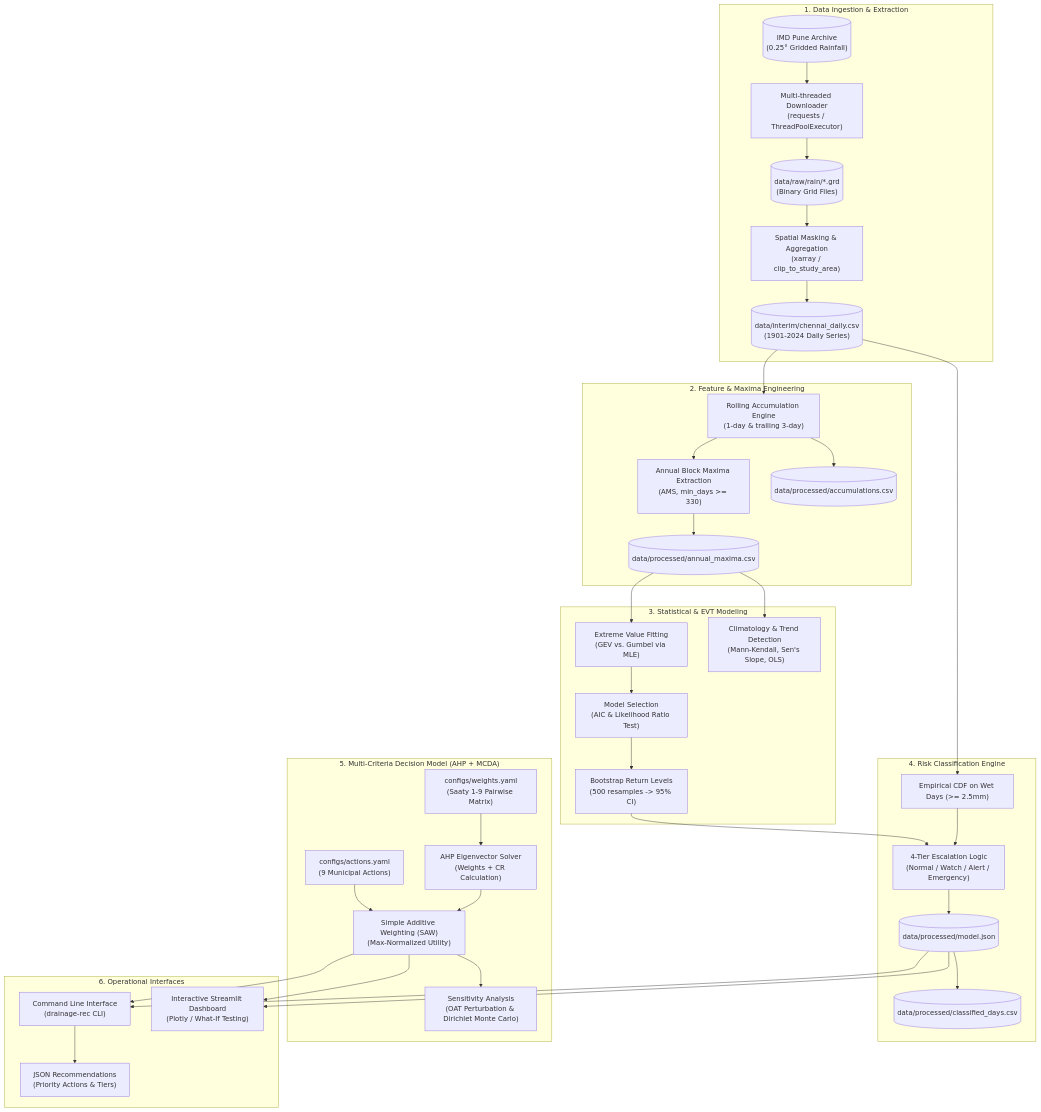
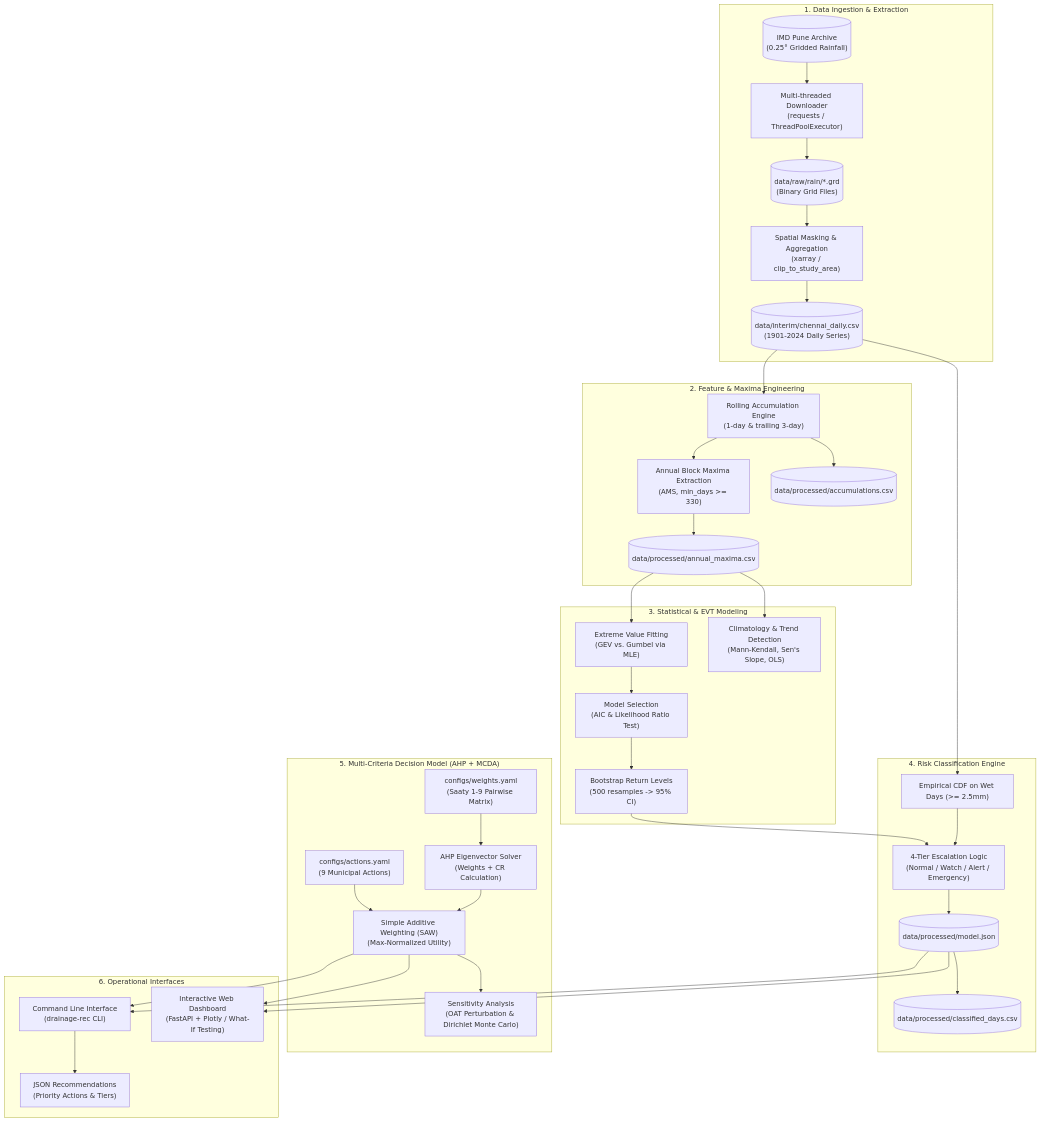
The diagram in docs/architecture.md (2abhi2nav/drain-prep), drawn with Mermaid before and after one commit. The commit also changed other lines of this file and 17 other files, not shown here.

````diff
--- a/docs/architecture.md
+++ b/docs/architecture.md
@@ -11,68 +11,68 @@
 ```mermaid
 flowchart TD
     subgraph DataIngestion["1. Data Ingestion & Extraction"]
         IMD[("IMD Pune Archive\n(0.25° Gridded Rainfall)")]
         DL["Multi-threaded Downloader\n(requests / ThreadPoolExecutor)"]
         GRD[("data/raw/rain/*.grd\n(Binary Grid Files)")]
         EXT["Spatial Masking & Aggregation\n(xarray / clip_to_study_area)"]
         INTERIM[("data/interim/chennai_daily.csv\n(1901-2024 Daily Series)")]
         
         IMD --> DL --> GRD --> EXT --> INTERIM
     end
 
     subgraph FeatureEngineering["2. Feature & Maxima Engineering"]
         ROLL["Rolling Accumulation Engine\n(1-day & trailing 3-day)"]
         AMAX["Annual Block Maxima Extraction\n(AMS, min_days >= 330)"]
         ACC_CSV[("data/processed/accumulations.csv")]
         AMAX_CSV[("data/processed/annual_maxima.csv")]
         
         INTERIM --> ROLL --> ACC_CSV
         ROLL --> AMAX --> AMAX_CSV
     end
 
     subgraph StatisticalModeling["3. Statistical & EVT Modeling"]
         EVT["Extreme Value Fitting\n(GEV vs. Gumbel via MLE)"]
         AIC["Model Selection\n(AIC & Likelihood Ratio Test)"]
         BOOT["Bootstrap Return Levels\n(500 resamples -> 95% CI)"]
         TREND["Climatology & Trend Detection\n(Mann-Kendall, Sen's Slope, OLS)"]
         
         AMAX_CSV --> EVT --> AIC --> BOOT
         AMAX_CSV --> TREND
     end
 
     subgraph RiskEngine["4. Risk Classification Engine"]
         ECDF["Empirical CDF on Wet Days (>= 2.5mm)"]
         TIERS["4-Tier Escalation Logic\n(Normal / Watch / Alert / Emergency)"]
         MODEL_JSON[("data/processed/model.json")]
         CLASSIFIED[("data/processed/classified_days.csv")]
         
         INTERIM --> ECDF
         BOOT --> TIERS
         ECDF --> TIERS
         TIERS --> MODEL_JSON --> CLASSIFIED
     end
 
     subgraph DecisionEngine["5. Multi-Criteria Decision Model (AHP + MCDA)"]
         AHP_CFG["configs/weights.yaml\n(Saaty 1-9 Pairwise Matrix)"]
         AHP_CALC["AHP Eigenvector Solver\n(Weights + CR Calculation)"]
         ACT_CFG["configs/actions.yaml\n(9 Municipal Actions)"]
         SAW["Simple Additive Weighting (SAW)\n(Max-Normalized Utility)"]
         SENS["Sensitivity Analysis\n(OAT Perturbation & Dirichlet Monte Carlo)"]
         
         AHP_CFG --> AHP_CALC
         ACT_CFG --> SAW
         AHP_CALC --> SAW --> SENS
     end
 
     subgraph InferenceAndPresentation["6. Operational Interfaces"]
         CLI["Command Line Interface\n(drainage-rec CLI)"]
-        DASH["Interactive Streamlit Dashboard\n(Plotly / What-If Testing)"]
+        DASH["Interactive Web Dashboard\n(FastAPI + Plotly / What-If Testing)"]
         RECS["JSON Recommendations\n(Priority Actions & Tiers)"]
         
         MODEL_JSON --> CLI
         SAW --> CLI
         MODEL_JSON --> DASH
         SAW --> DASH
         CLI --> RECS
     end
 ```
````
